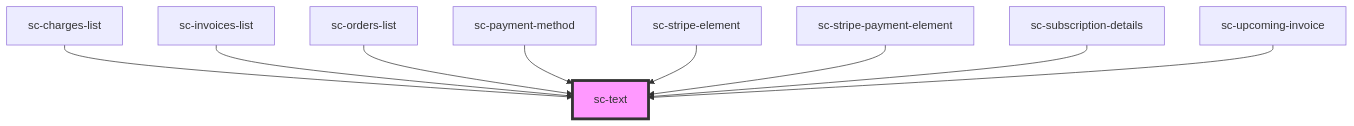
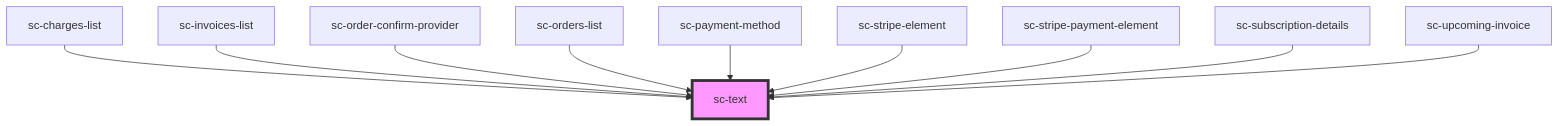
The diagram in packages/components/src/components/ui/text/readme.md (surecart/surecart-wp-plugin), drawn with Mermaid before and after one commit. The commit also changed other lines of this file and 14 other files, not shown here.

Commit message:
Remove the order confirm modal and use sc-dailog directly in the sc-order-confirm-provider

````diff
--- a/packages/components/src/components/ui/text/readme.md
+++ b/packages/components/src/components/ui/text/readme.md
@@ -30,12 +31,13 @@
 ```mermaid
 graph TD;
   sc-charges-list --> sc-text
   sc-invoices-list --> sc-text
+  sc-order-confirm-provider --> sc-text
   sc-orders-list --> sc-text
   sc-payment-method --> sc-text
   sc-stripe-element --> sc-text
   sc-stripe-payment-element --> sc-text
   sc-subscription-details --> sc-text
   sc-upcoming-invoice --> sc-text
   style sc-text fill:#f9f,stroke:#333,stroke-width:4px
 ```
````
